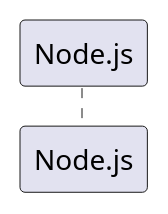
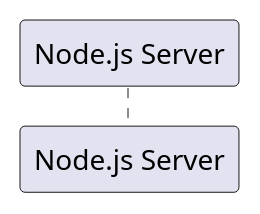
One commit to Rviku/djmarian changed the diagram in design/definitions/BACK.puml. Above: the diagram before and after it, drawn with PlantUML. The commit also changed 8 other files, not shown here.

```diff
--- a/design/definitions/BACK.puml
+++ b/design/definitions/BACK.puml
@@ -1,3 +1,3 @@
 @startuml
-participant "Node.js" as BACK
+participant "Node.js Server" as BACK
 @enduml
```
